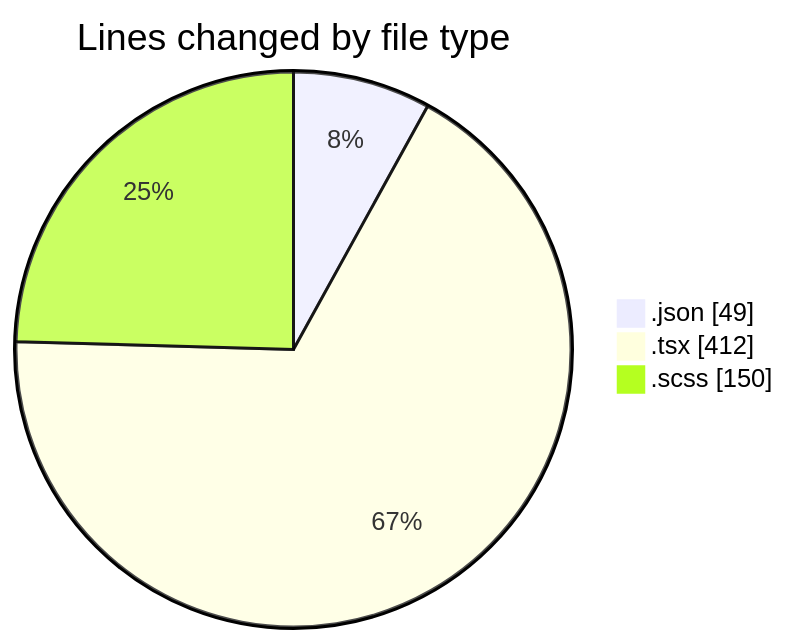
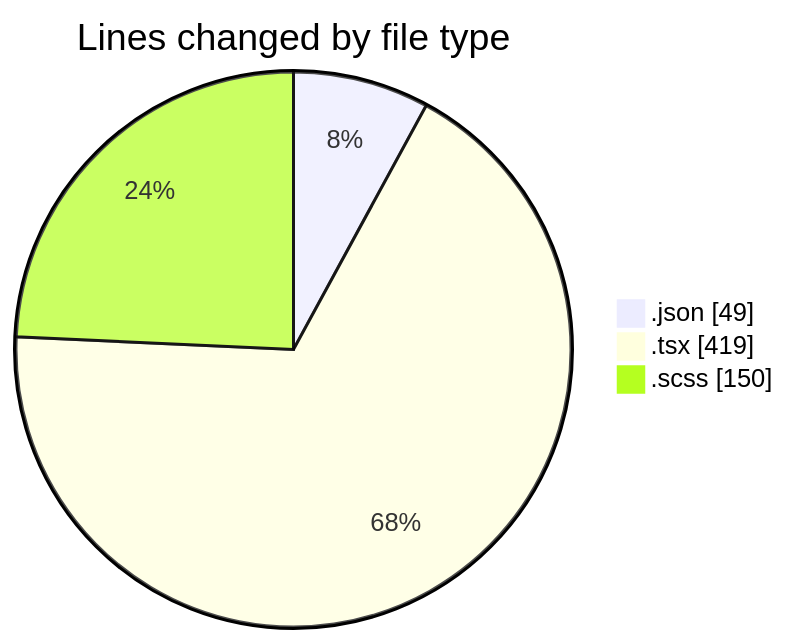
One commit to momahboobian/code-tracking changed the first of 2 diagrams in 2025-08-20/cda/README.md. Above: the diagram before and after it, drawn with Mermaid. The commit also changed other lines of this file and 1 other file, not shown here.

````diff
--- a/2025-08-20/cda/README.md
+++ b/2025-08-20/cda/README.md
@@ -23,7 +23,7 @@
 ```mermaid
 pie showData
 title Lines changed by file type
 ".json" : 49
-".tsx" : 412
+".tsx" : 419
 ".scss" : 150
 ```
````
